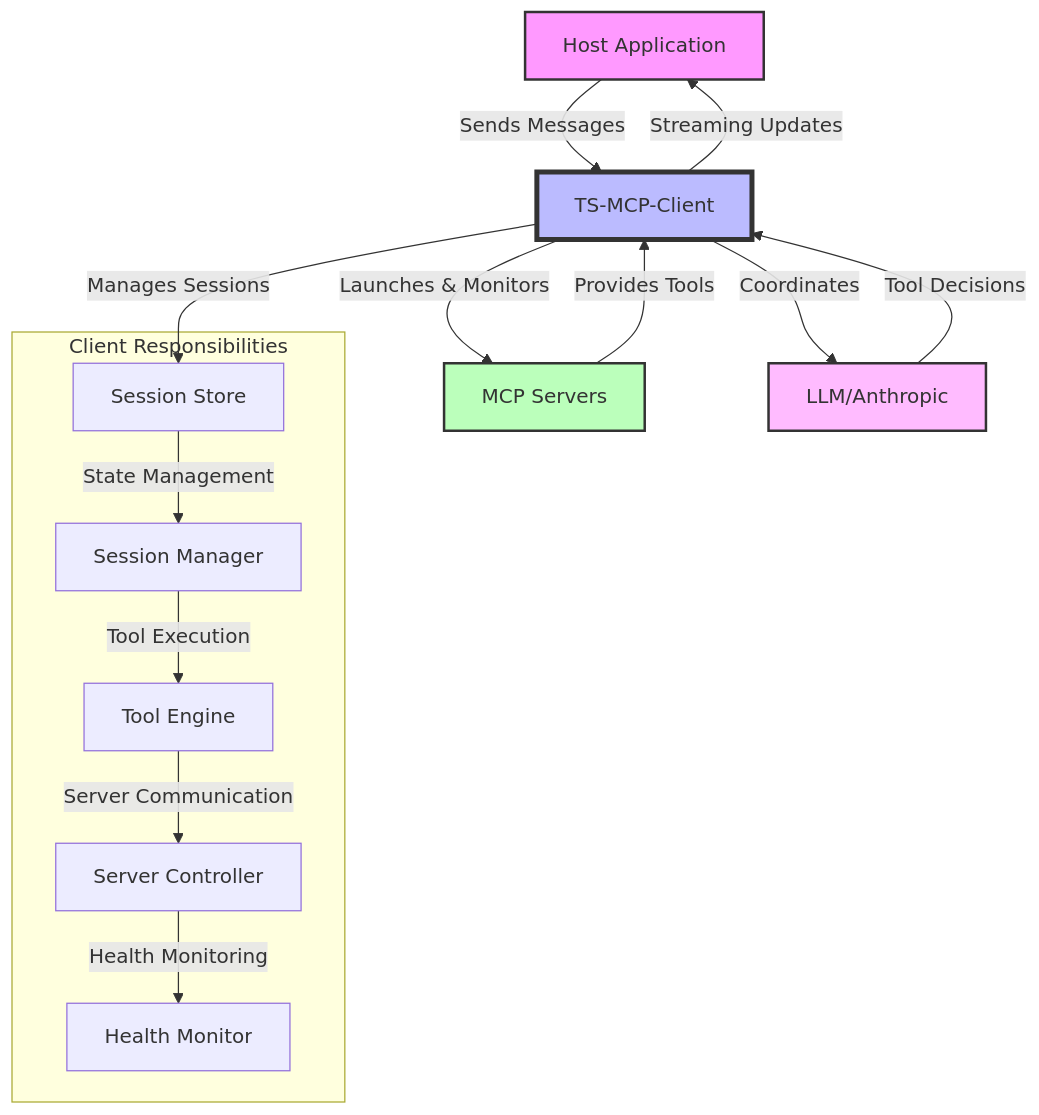
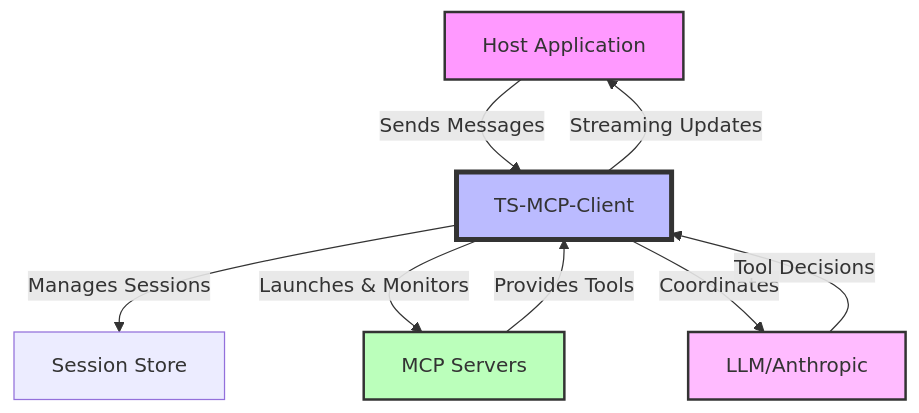
The first of 2 diagrams in README.md (RinardNick/client_mcp), drawn with Mermaid before and after one commit. The commit also changed other lines of this file, not shown here.

````diff
--- a/README.md
+++ b/README.md
@@ -11,22 +9,15 @@
 ```mermaid
 graph TD
-    H[Host Application] --> |Sends Messages| C[TS-MCP-Client]
-    C --> |Manages Sessions| S[Session Store]
-    C --> |Launches & Monitors| M[MCP Servers]
-    C --> |Coordinates| L[LLM/Anthropic]
-    M --> |Provides Tools| C
-    L --> |Tool Decisions| C
-    C --> |Streaming Updates| H
+    Host[Host Application] --> |Sends Messages| Client[TS-MCP-Client]
+    Client --> |Manages Sessions| S[Session Store]
+    Client --> |Launches & Monitors| Servers[MCP Servers]
+    Client --> |Coordinates| LLM[LLM/Anthropic]
+    Servers --> |Provides Tools| Client
+    LLM --> |Tool Decisions| Client
+    Client --> |Streaming Updates| Host
 
-    subgraph Client Responsibilities
-        S --> |State Management| SM[Session Manager]
-        SM --> |Tool Execution| TE[Tool Engine]
-        TE --> |Server Communication| SC[Server Controller]
-        SC --> |Health Monitoring| HM[Health Monitor]
-    end
-
-    style H fill:#f9f,stroke:#333,stroke-width:2px
-    style C fill:#bbf,stroke:#333,stroke-width:4px
-    style M fill:#bfb,stroke:#333,stroke-width:2px
-    style L fill:#fbf,stroke:#333,stroke-width:2px
+    style Host fill:#f9f,stroke:#333,stroke-width:2px
+    style Client fill:#bbf,stroke:#333,stroke-width:4px
+    style Servers fill:#bfb,stroke:#333,stroke-width:2px
+    style LLM fill:#fbf,stroke:#333,stroke-width:2px
 ```
````
